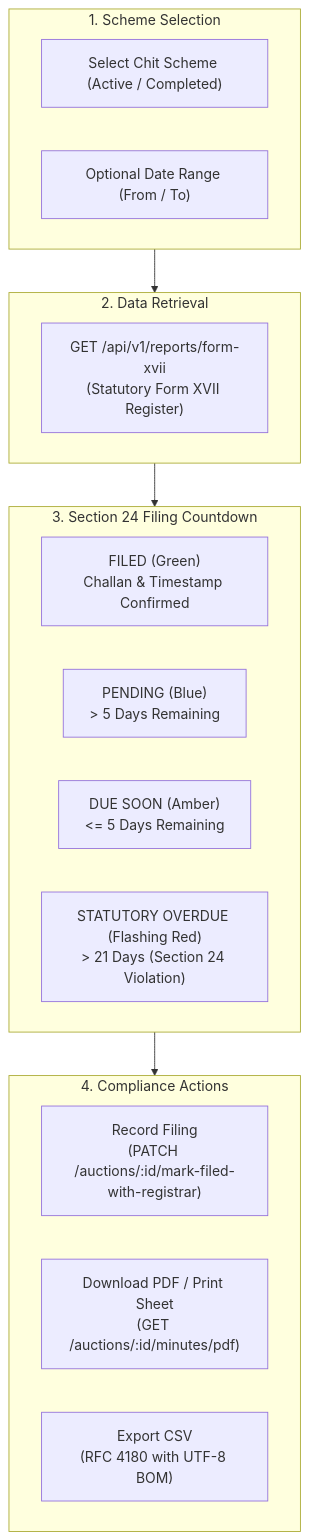
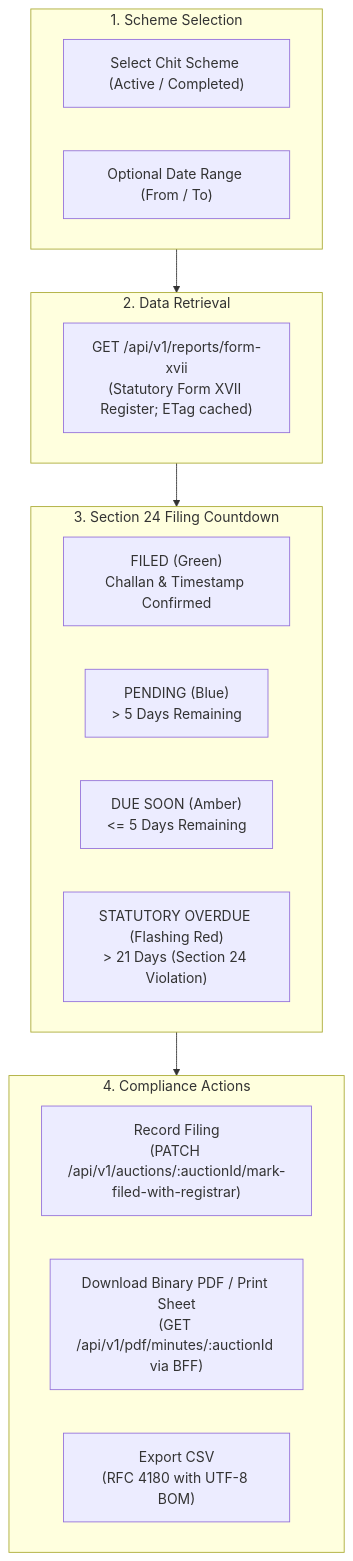
The diagram in docs/web/form-xvii-minutes.md (Kathir-24/Kumaran-finance), drawn with Mermaid before and after one commit. The commit also changed other lines of this file and 4 other files, not shown here.

````diff
--- a/docs/web/form-xvii-minutes.md
+++ b/docs/web/form-xvii-minutes.md
@@ -17,28 +17,28 @@
 ```mermaid
 flowchart TD
     subgraph SchemeSelector["1. Scheme Selection"]
         Select["Select Chit Scheme (Active / Completed)"]
         Dates["Optional Date Range (From / To)"]
     end
 
     subgraph DataFetch["2. Data Retrieval"]
-        API["GET /api/v1/reports/form-xvii\n(Statutory Form XVII Register)"]
+        API["GET /api/v1/reports/form-xvii\n(Statutory Form XVII Register; ETag cached)"]
     end
 
     subgraph TrafficLight["3. Section 24 Filing Countdown"]
         Filed["FILED (Green)\nChallan & Timestamp Confirmed"]
         Pending["PENDING (Blue)\n> 5 Days Remaining"]
         Urgent["DUE SOON (Amber)\n<= 5 Days Remaining"]
         Overdue["STATUTORY OVERDUE (Flashing Red)\n> 21 Days (Section 24 Violation)"]
     end
 
     subgraph Actions["4. Compliance Actions"]
-        Record["Record Filing\n(PATCH /auctions/:id/mark-filed-with-registrar)"]
-        PDF["Download PDF / Print Sheet\n(GET /auctions/:id/minutes/pdf)"]
+        Record["Record Filing\n(PATCH /api/v1/auctions/:auctionId/mark-filed-with-registrar)"]
+        PDF["Download Binary PDF / Print Sheet\n(GET /api/v1/pdf/minutes/:auctionId via BFF)"]
         CSV["Export CSV\n(RFC 4180 with UTF-8 BOM)"]
     end
 
     SchemeSelector --> DataFetch
     DataFetch --> TrafficLight
     TrafficLight --> Actions
 ```
````
